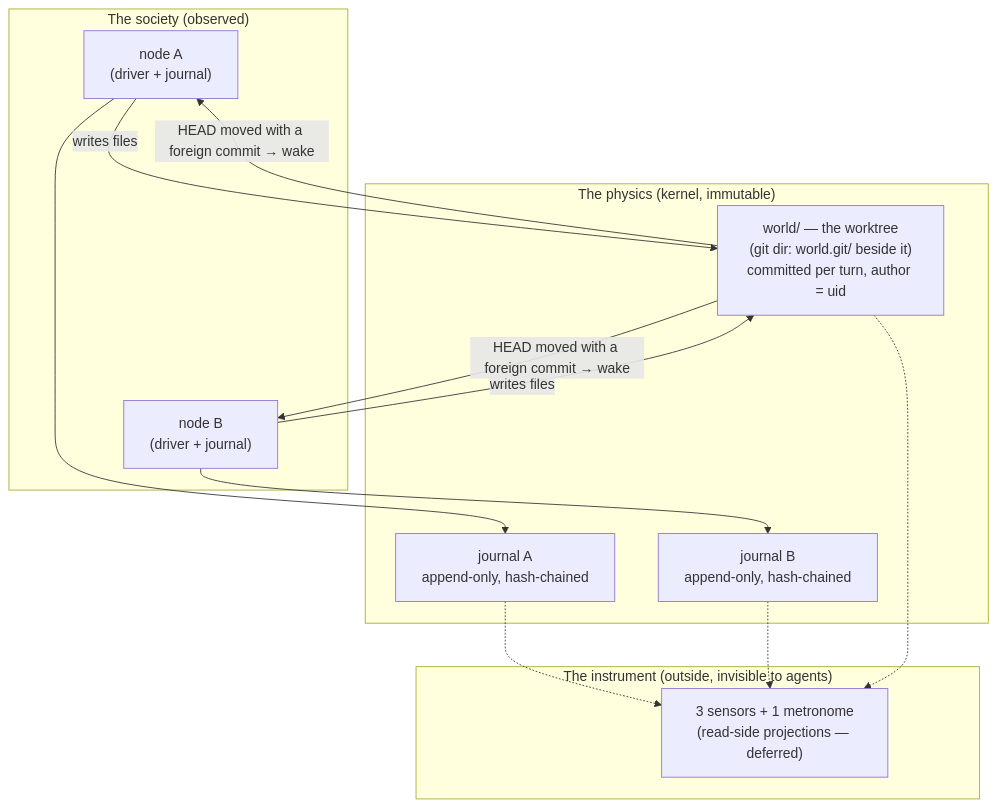
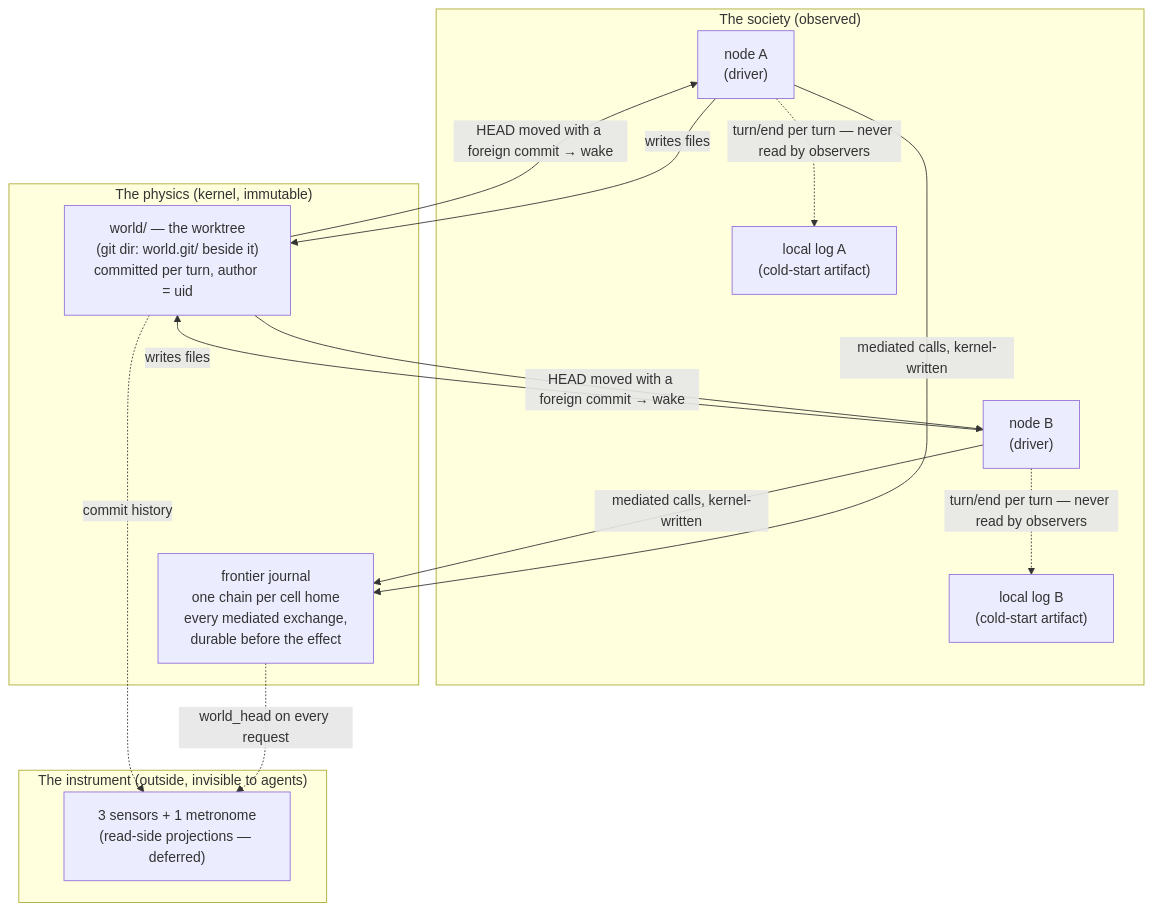
The first of 7 diagrams in docs/architecture.md (NoeGuedet/emergent-society), drawn with Mermaid before and after one commit. The commit also changed other lines of this file and 8 other files, not shown here.

Commit message:
docs: the frontier journal is the truth; the local log is a cold-start artifact (C1.4d T9)

````diff
--- a/docs/architecture.md
+++ b/docs/architecture.md
@@ -19,24 +19,26 @@
 ```mermaid
 flowchart TB
     subgraph SOCIETY["The society (observed)"]
-        N1["node A<br/>(driver + journal)"]
-        N2["node B<br/>(driver + journal)"]
+        N1["node A<br/>(driver)"]
+        N2["node B<br/>(driver)"]
+        L1["local log A<br/>(cold-start artifact)"]
+        L2["local log B<br/>(cold-start artifact)"]
     end
     subgraph PHYSICS["The physics (kernel, immutable)"]
+        F["frontier journal<br/>one chain per cell home<br/>every mediated exchange,<br/>durable before the effect"]
         W["world/ — the worktree<br/>(git dir: world.git/ beside it)<br/>committed per turn, author = uid"]
-        J1["journal A<br/>append-only, hash-chained"]
-        J2["journal B<br/>append-only, hash-chained"]
     end
     subgraph INSTRUMENT["The instrument (outside, invisible to agents)"]
         M["3 sensors + 1 metronome<br/>(read-side projections — deferred)"]
     end
+    N1 -->|"mediated calls, kernel-written"| F
+    N2 -->|"mediated calls, kernel-written"| F
     N1 -->|"writes files"| W
     N2 -->|"writes files"| W
-    N1 --> J1
-    N2 --> J2
+    N1 -.->|"turn/end per turn — never read by observers"| L1
+    N2 -.->|"turn/end per turn — never read by observers"| L2
     W -->|"HEAD moved with a foreign commit → wake"| N1
     W -->|"HEAD moved with a foreign commit → wake"| N2
-    J1 -.-> M
-    J2 -.-> M
-    W -.-> M
+    F -.->|"world_head on every request"| M
+    W -.->|"commit history"| M
 ```
````
